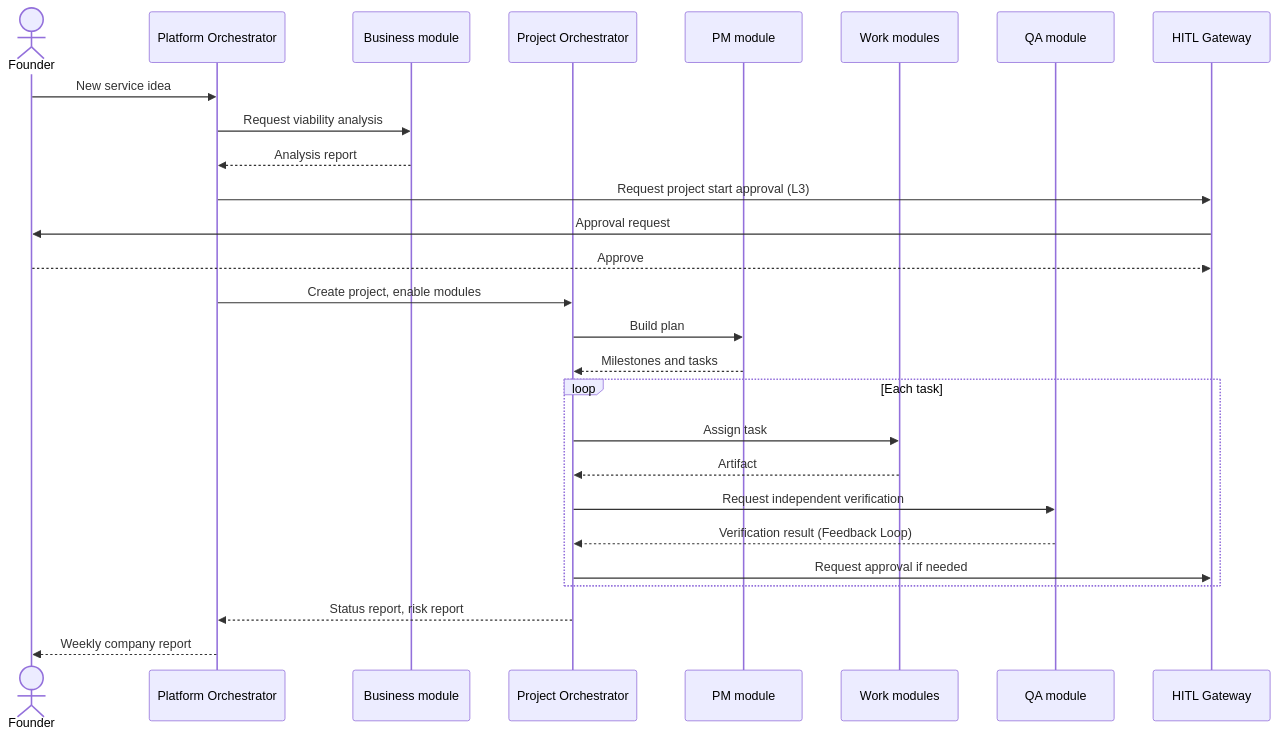
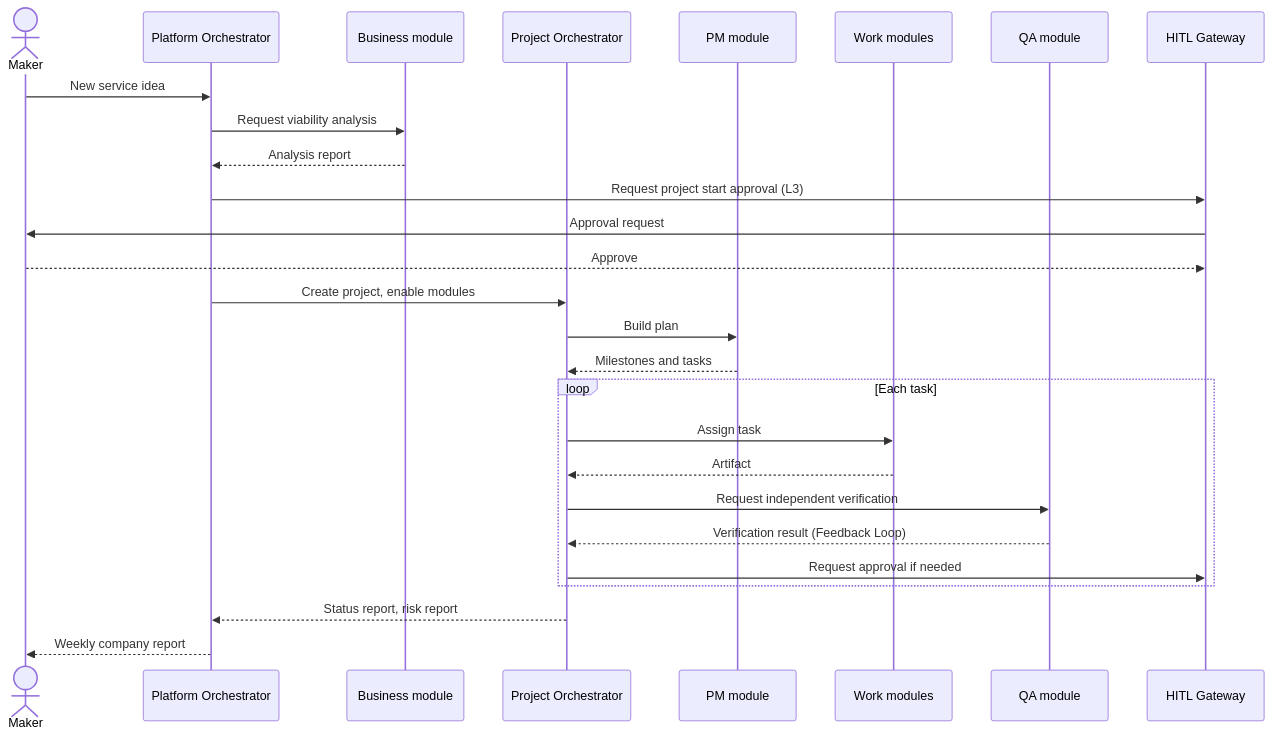
The sixth of 13 diagrams in plan-draft.en.md (ysjee141/flywheel), drawn with Mermaid before and after one commit. The commit also changed other lines of this file and 1 other file, not shown here.

First line of the commit message:
Rename founder role to Maker in plan draft

````diff
--- a/plan-draft.en.md
+++ b/plan-draft.en.md
@@ -414,30 +415,30 @@
 ```mermaid
 sequenceDiagram
-  actor F as Founder
+  actor F as Maker
   participant PO as Platform Orchestrator
   participant BIZ as Business module
   participant JO as Project Orchestrator
   participant PM as PM module
   participant M as Work modules
   participant Q as QA module
   participant G as HITL Gateway
 
   F->>PO: New service idea
   PO->>BIZ: Request viability analysis
   BIZ-->>PO: Analysis report
   PO->>G: Request project start approval (L3)
   G->>F: Approval request
   F-->>G: Approve
   PO->>JO: Create project, enable modules
   JO->>PM: Build plan
   PM-->>JO: Milestones and tasks
   loop Each task
     JO->>M: Assign task
     M-->>JO: Artifact
     JO->>Q: Request independent verification
     Q-->>JO: Verification result (Feedback Loop)
     JO->>G: Request approval if needed
   end
   JO-->>PO: Status report, risk report
   PO-->>F: Weekly company report
 ```
````
